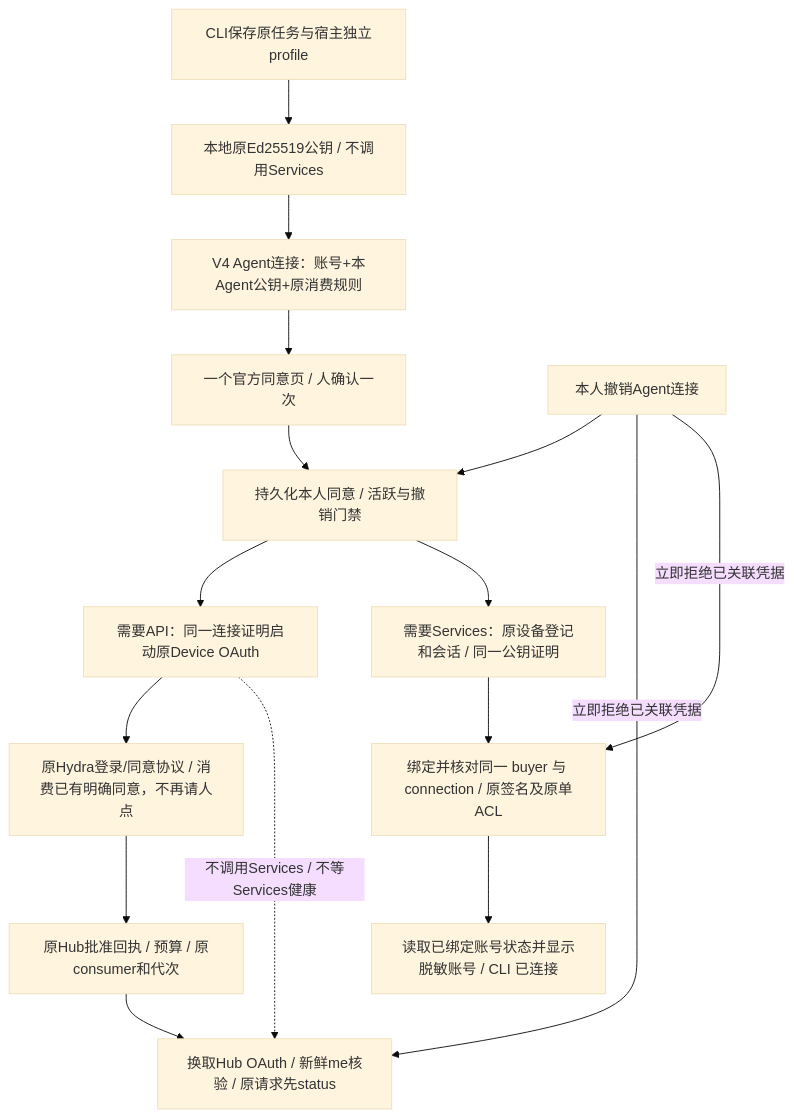
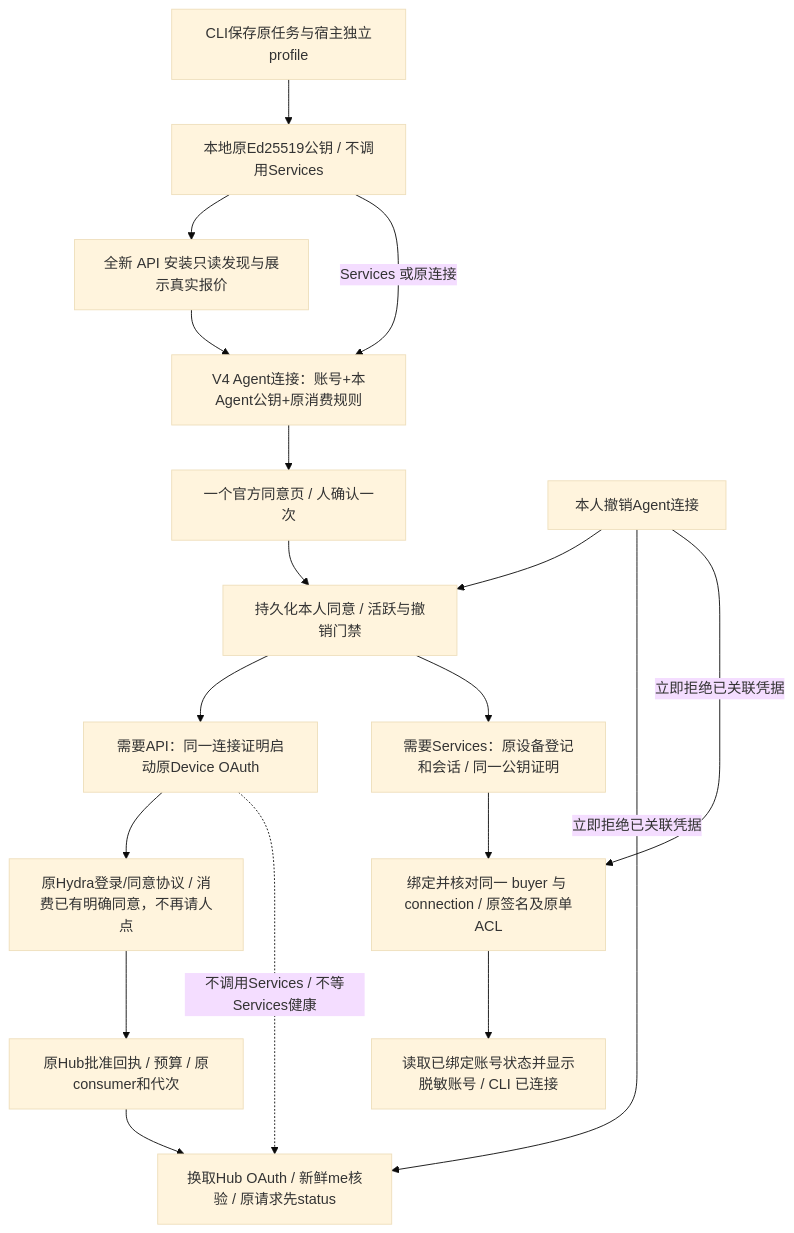
One commit to itpay-ai/cli changed the third of 5 diagrams in docs/ARCHITECTURE.md. Above: the diagram before and after it, drawn with Mermaid (base theme). The commit also changed 13 other files, not shown here.

````diff
--- a/docs/ARCHITECTURE.md
+++ b/docs/ARCHITECTURE.md
@@ -74,18 +74,20 @@
 ```mermaid
 flowchart TD
  T[CLI保存原任务与宿主独立profile] --> K[本地原Ed25519公钥 / 不调用Services]
- K --> C[V4 Agent连接：账号+本Agent公钥+原消费规则]
+ K --> D[全新 API 安装只读发现与展示真实报价]
+ D --> C[V4 Agent连接：账号+本Agent公钥+原消费规则]
+ K -->|Services 或原连接| C
  C --> P[一个官方同意页 / 人确认一次]
  P --> S[持久化本人同意 / 活跃与撤销门禁]
  S --> API[需要API：同一连接证明启动原Device OAuth]
  API --> AS[原Hydra登录/同意协议 / 消费已有明确同意，不再请人点]
  AS --> H[原Hub批准回执 / 预算 / 原consumer和代次]
  H --> HT[换取Hub OAuth / 新鲜me核验 / 原请求先status]
  S --> SV[需要Services：原设备登记和会话 / 同一公钥证明]
  SV --> SB[绑定并核对同一 buyer 与 connection / 原签名及原单ACL]
  SB --> SA[读取已绑定账号状态并显示脱敏账号 / CLI 已连接]
  X[本人撤销Agent连接] --> S
  X -->|立即拒绝已关联凭据| HT
  X -->|立即拒绝已关联凭据| SB
  API -.不调用Services / 不等Services健康.-> HT
 ```
````
